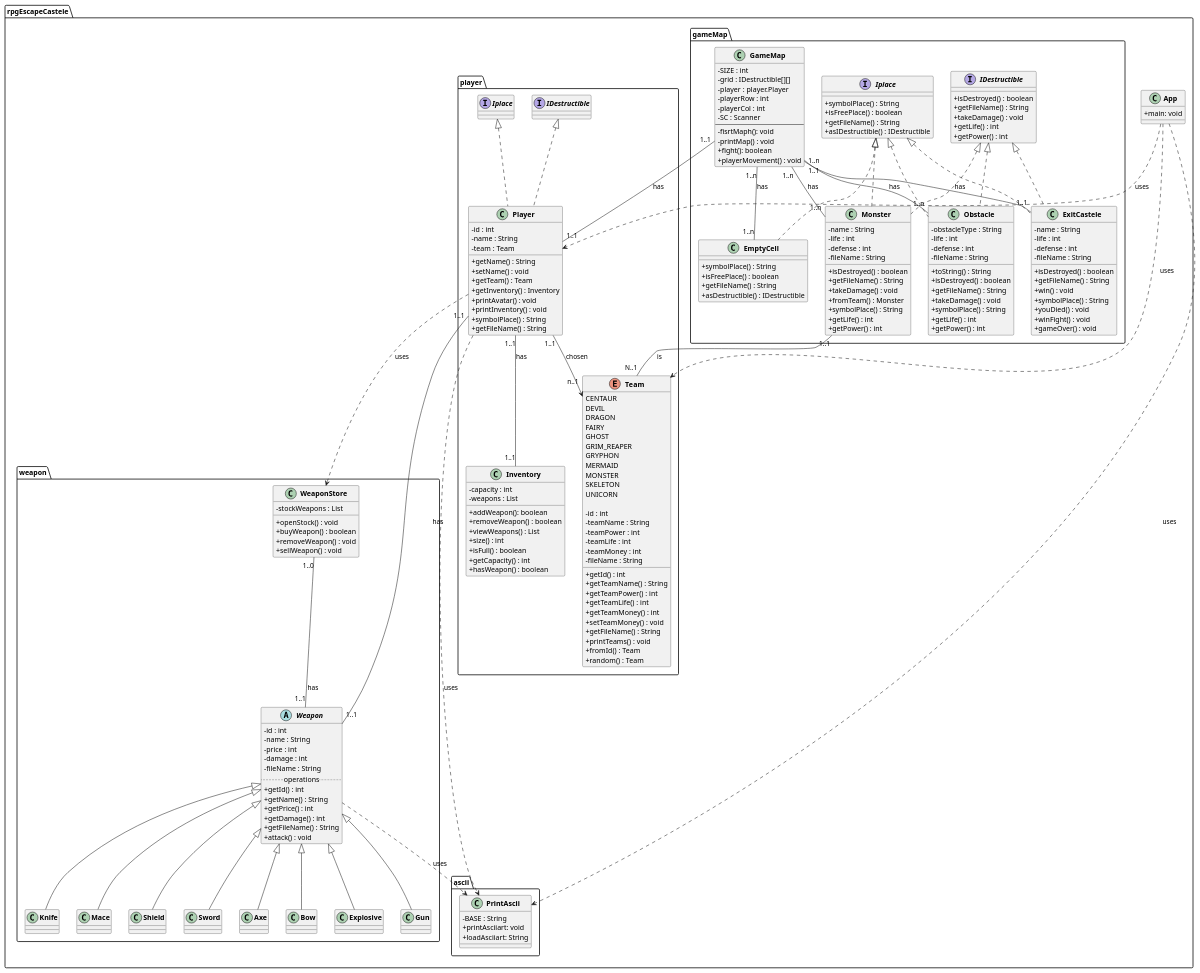
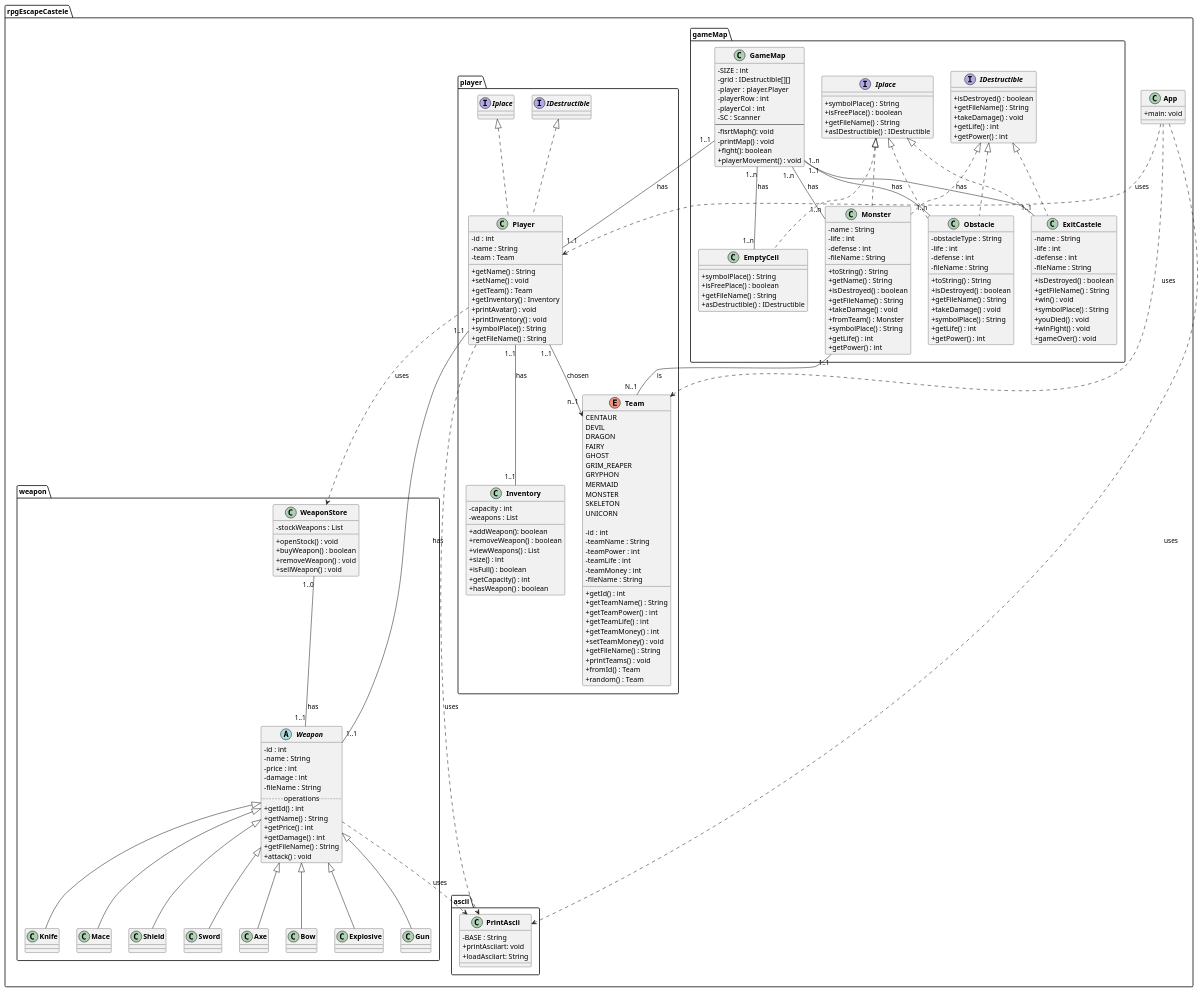
The diagram in diagram.puml (edusilvaramos/EscapeCastel), drawn with PlantUML before and after one commit. The commit also changed 1 other file, not shown here.

Commit message:
fix getName Monster

```diff
--- a/diagram.puml
+++ b/diagram.puml
@@ -154,6 +154,8 @@
             - life : int
             - defense : int
             - fileName : String
+            + toString() : String
+            + getName() : String
             + isDestroyed() : boolean
             + getFileName() : String
             + takeDamage() : void
```
